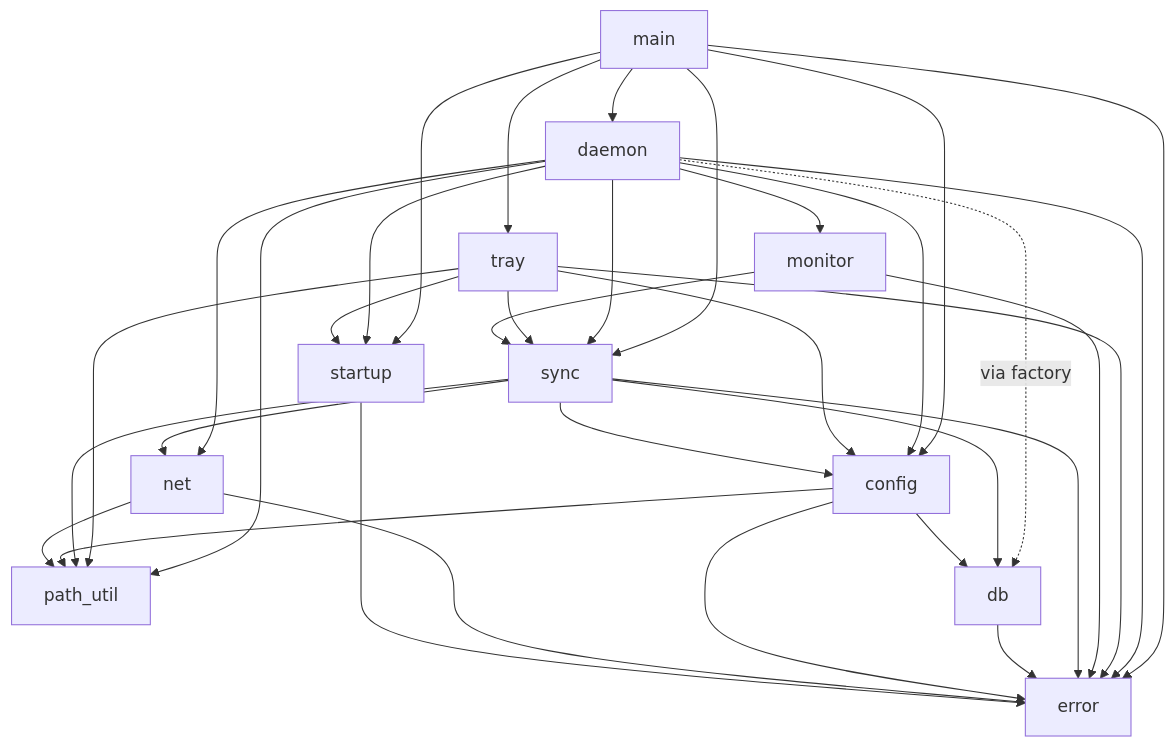
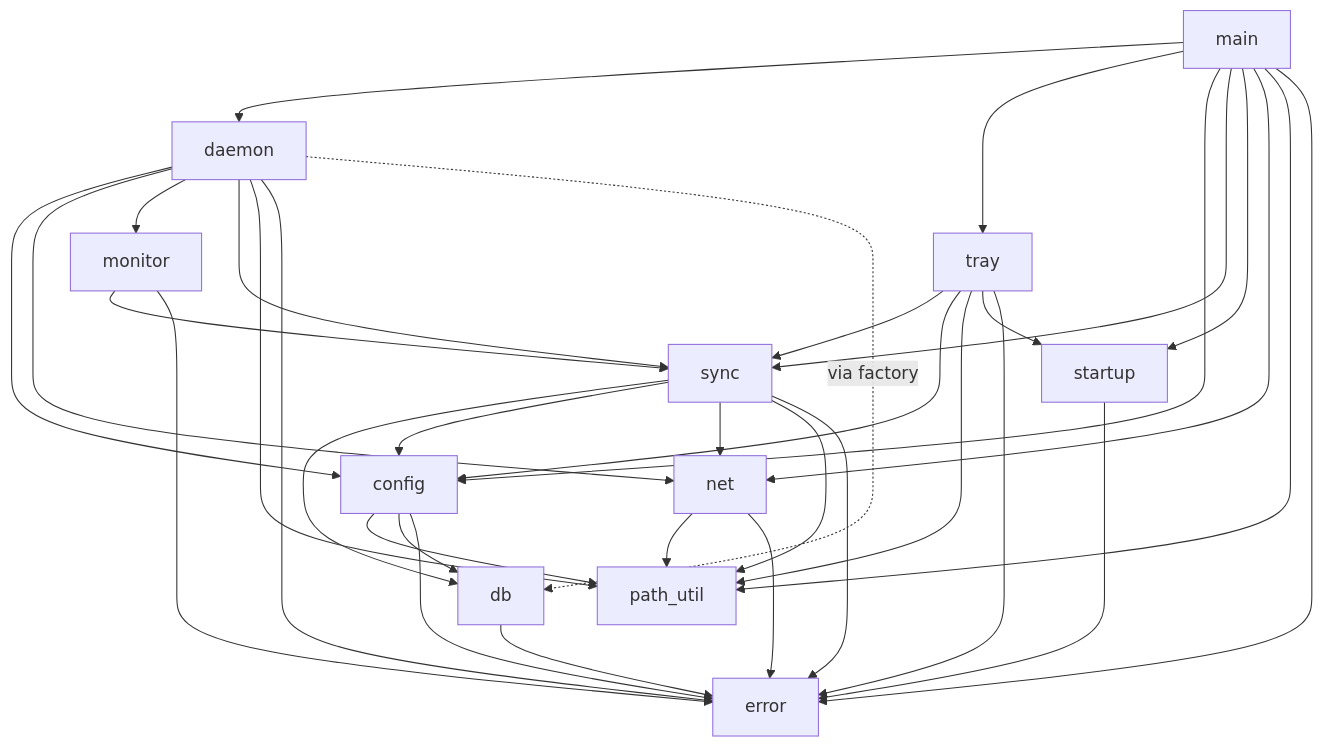
One commit to wends155/syncdir changed the first of 3 diagrams in architecture.md. Above: the diagram before and after it, drawn with Mermaid. The commit also changed other lines of this file and 6 other files, not shown here.

Commit message:
refactor: decouple daemon from tray and encapsulate windowing types (Bucket 2)

````diff
--- a/architecture.md
+++ b/architecture.md
@@ -250,13 +250,13 @@
 ```mermaid
 graph TD
-    main --> daemon & tray & config & sync & startup & error
-    daemon --> config & net & monitor & sync & startup & path_util & error
+    main --> daemon & tray & config & sync & startup & net & path_util & error
+    daemon --> config & net & monitor & sync & path_util & error
     daemon -.->|via factory| db
     tray --> sync & config & path_util & startup & error
     monitor --> sync & error
     sync --> db & config & net & path_util & error
     db --> error
     config --> path_util & db & error
     net --> path_util & error
     startup --> error
 ```
````
